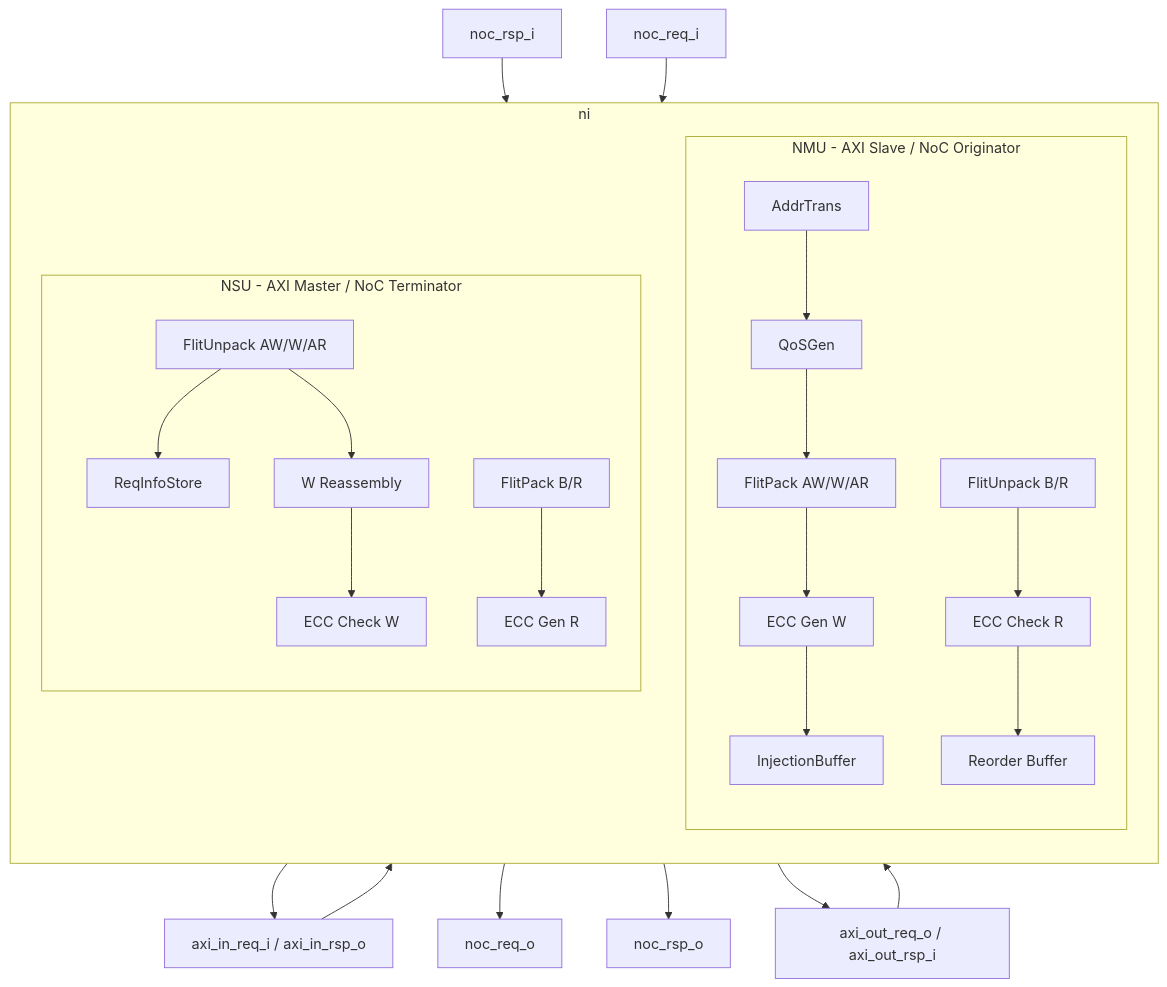
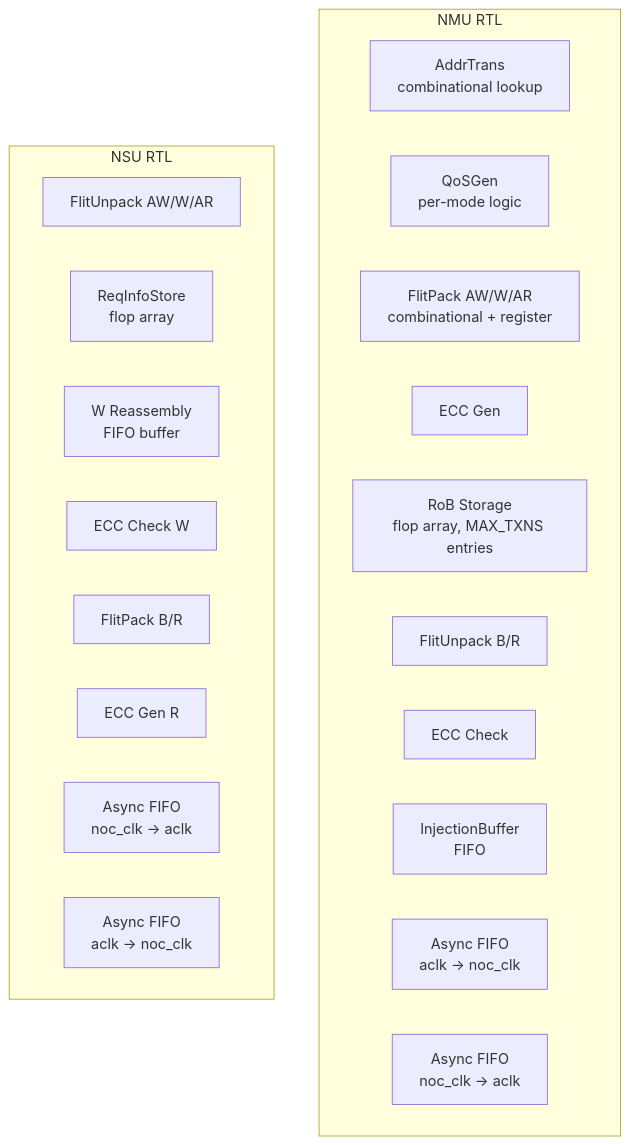
Before and after one commit to changlukas/noc-sim: the second of 2 diagrams in spec/ni/doc/theory_of_operation.md, drawn with Mermaid. The commit also changed other lines of this file and 16 other files, not shown here.

````diff
--- a/spec/ni/doc/theory_of_operation.md
+++ b/spec/ni/doc/theory_of_operation.md
@@ -5,40 +158,25 @@
 ```mermaid
 flowchart TB
-    subgraph TOP[ni]
-        direction TB
-        subgraph NMU[NMU - AXI Slave / NoC Originator]
-            direction TB
-            ADDRT[AddrTrans]
-            QOSG[QoSGen]
-            FPACK_REQ[FlitPack AW/W/AR]
-            ECCGEN_W[ECC Gen W]
-            INJBUF[InjectionBuffer]
-            FUNPACK_RSP[FlitUnpack B/R]
-            ECCCHK_R[ECC Check R]
-            ROB[Reorder Buffer]
-            ADDRT --> QOSG --> FPACK_REQ --> ECCGEN_W --> INJBUF
-            FUNPACK_RSP --> ECCCHK_R --> ROB
-        end
-        subgraph NSU[NSU - AXI Master / NoC Terminator]
-            direction TB
-            FUNPACK_REQ[FlitUnpack AW/W/AR]
-            REQSTORE[ReqInfoStore]
-            WREASM[W Reassembly]
-            ECCCHK_W[ECC Check W]
-            FPACK_RSP[FlitPack B/R]
-            ECCGEN_R[ECC Gen R]
-            FUNPACK_REQ --> REQSTORE
-            FUNPACK_REQ --> WREASM
-            WREASM --> ECCCHK_W
-            FPACK_RSP --> ECCGEN_R
-        end
+    subgraph NMU_RTL[NMU RTL]
+        ATX[AddrTrans<br>combinational lookup]
+        QGEN[QoSGen<br>per-mode logic]
+        FPK[FlitPack AW/W/AR<br>combinational + register]
+        EGEN[ECC Gen]
+        ROB_RTL[RoB Storage<br>flop array, MAX_TXNS entries]
+        FUP[FlitUnpack B/R]
+        ECHK[ECC Check]
+        IBF[InjectionBuffer<br>FIFO]
+        CDC_F1[Async FIFO<br>aclk → noc_clk]
+        CDC_F2[Async FIFO<br>noc_clk → aclk]
     end
-    AXIM[axi_in_req_i / axi_in_rsp_o] --> ADDRT
-    ROB --> AXIM
-    INJBUF --> NOC_REQ_O[noc_req_o]
-    NOC_RSP_I[noc_rsp_i] --> FUNPACK_RSP
-    NOC_REQ_I[noc_req_i] --> FUNPACK_REQ
-    ECCGEN_R --> NOC_RSP_O[noc_rsp_o]
-    REQSTORE --> AXIS[axi_out_req_o / axi_out_rsp_i]
-    AXIS --> FPACK_RSP
+    subgraph NSU_RTL[NSU RTL]
+        FUP_S[FlitUnpack AW/W/AR]
+        RIS[ReqInfoStore<br>flop array]
+        WRA[W Reassembly<br>FIFO buffer]
+        ECHK_S[ECC Check W]
+        FPK_S[FlitPack B/R]
+        EGEN_S[ECC Gen R]
+        CDC_F3[Async FIFO<br>noc_clk → aclk]
+        CDC_F4[Async FIFO<br>aclk → noc_clk]
+    end
 ```
````
